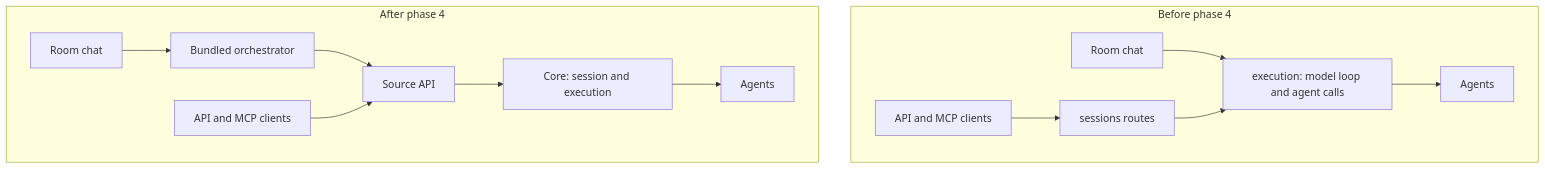
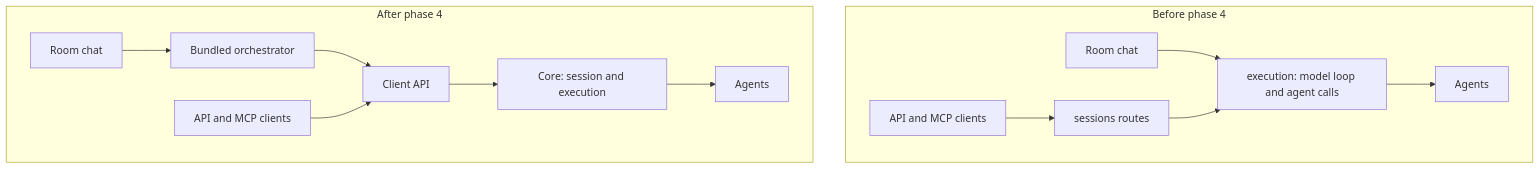
The second of 2 diagrams in docs/roadmap.md (hybroai/hybro), drawn with Mermaid before and after one commit. The commit also changed other lines of this file and 91 other files, not shown here.

First line of the commit message:
refactor!: rename the concept Source to Client in the contract and documents

````diff
--- a/docs/roadmap.md
+++ b/docs/roadmap.md
@@ -396,17 +408,17 @@
 ```mermaid
 flowchart TB
     subgraph before["Before phase 4"]
         b_chat["Room chat"] --> b_exec["execution: model loop and agent calls"]
         b_clients["API and MCP clients"] --> b_sessions["sessions routes"]
         b_sessions --> b_exec
         b_exec --> b_agents["Agents"]
     end
 
     subgraph after["After phase 4"]
         a_chat["Room chat"] --> a_orch["Bundled orchestrator"]
-        a_orch --> a_api["Source API"]
+        a_orch --> a_api["Client API"]
         a_clients["API and MCP clients"] --> a_api
         a_api --> a_core["Core: session and execution"]
         a_core --> a_agents["Agents"]
     end
 ```
````
